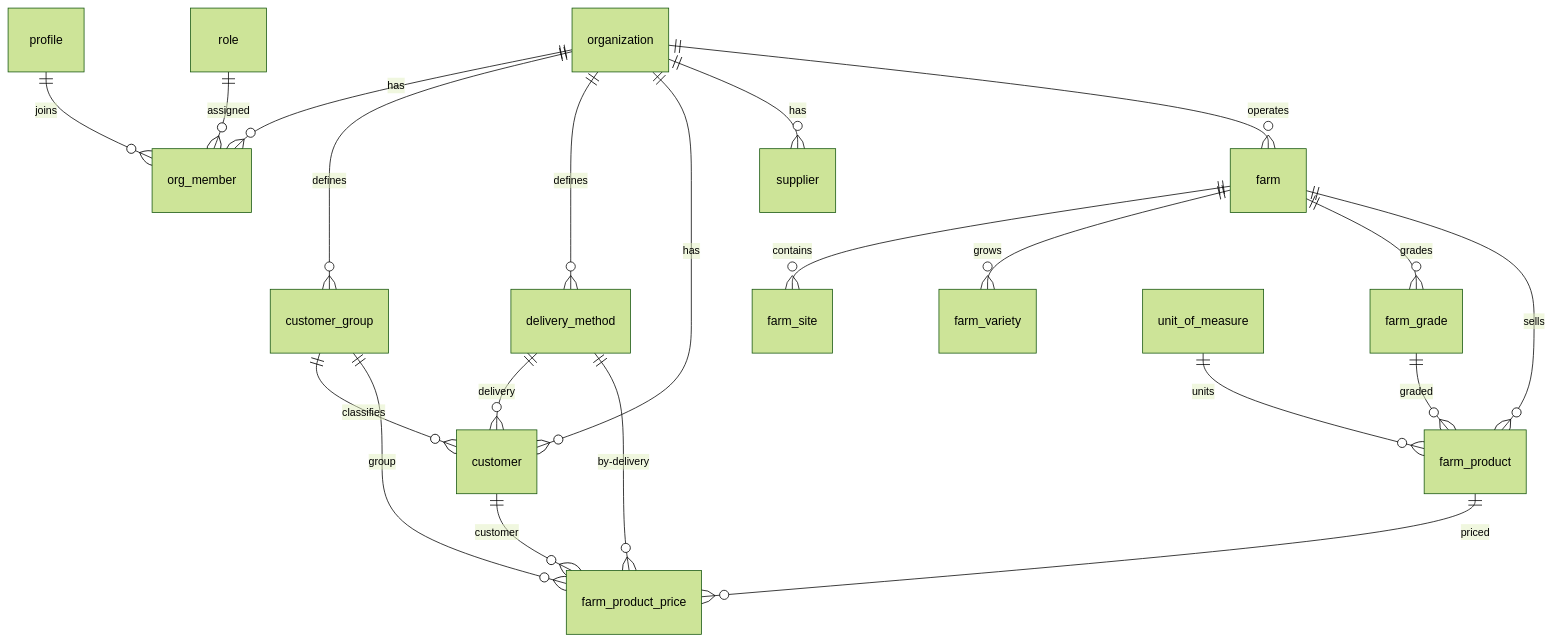
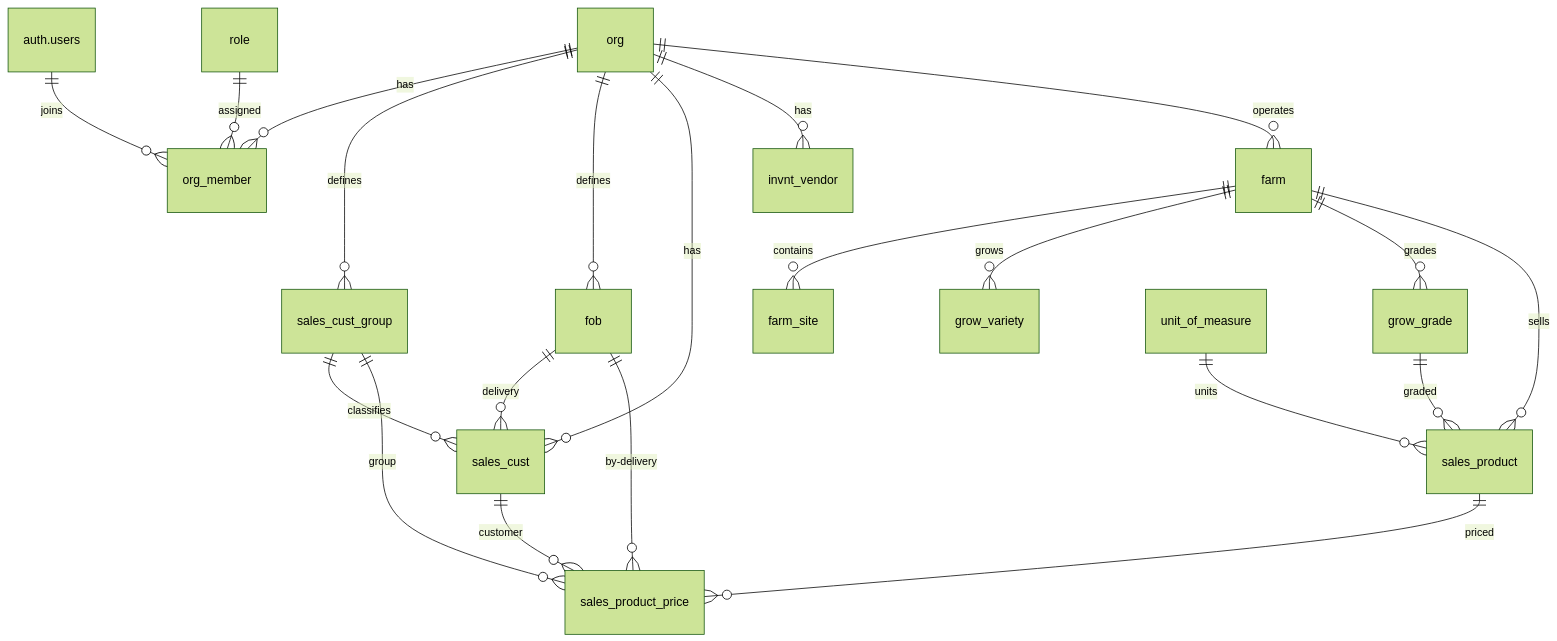
One commit to Hawaii-Farming/aloha-app changed the diagram in docs/schemas/core.md. Above: the diagram before and after it, drawn with Mermaid (forest theme). The commit also changed other lines of this file and 25 other files, not shown here.

First line of the commit message:
Refactor core schema naming and add HR module

````diff
--- a/docs/schemas/core.md
+++ b/docs/schemas/core.md
@@ -7,23 +7,23 @@
 ```mermaid
 erDiagram
-    organization ||--o{ org_member : has
-    profile ||--o{ org_member : joins
+    org ||--o{ org_member : has
+    auth.users ||--o{ org_member : joins
     role ||--o{ org_member : assigned
-    organization ||--o{ customer_group : defines
-    organization ||--o{ delivery_method : defines
-    organization ||--o{ customer : has
-    customer_group ||--o{ customer : classifies
-    delivery_method ||--o{ customer : delivery
-    organization ||--o{ supplier : has
-    organization ||--o{ farm : operates
+    org ||--o{ sales_cust_group : defines
+    org ||--o{ fob : defines
+    org ||--o{ sales_cust : has
+    sales_cust_group ||--o{ sales_cust : classifies
+    fob ||--o{ sales_cust : delivery
+    org ||--o{ invnt_vendor : has
+    org ||--o{ farm : operates
     farm ||--o{ farm_site : contains
-    farm ||--o{ farm_variety : grows
-    farm ||--o{ farm_grade : grades
-    farm ||--o{ farm_product : sells
-    farm_grade ||--o{ farm_product : graded
-    unit_of_measure ||--o{ farm_product : units
-    farm_product ||--o{ farm_product_price : priced
-    delivery_method ||--o{ farm_product_price : by-delivery
-    customer ||--o{ farm_product_price : customer
-    customer_group ||--o{ farm_product_price : group
+    farm ||--o{ grow_variety : grows
+    farm ||--o{ grow_grade : grades
+    farm ||--o{ sales_product : sells
+    grow_grade ||--o{ sales_product : graded
+    unit_of_measure ||--o{ sales_product : units
+    sales_product ||--o{ sales_product_price : priced
+    fob ||--o{ sales_product_price : by-delivery
+    sales_cust ||--o{ sales_product_price : customer
+    sales_cust_group ||--o{ sales_product_price : group
 ```
````
